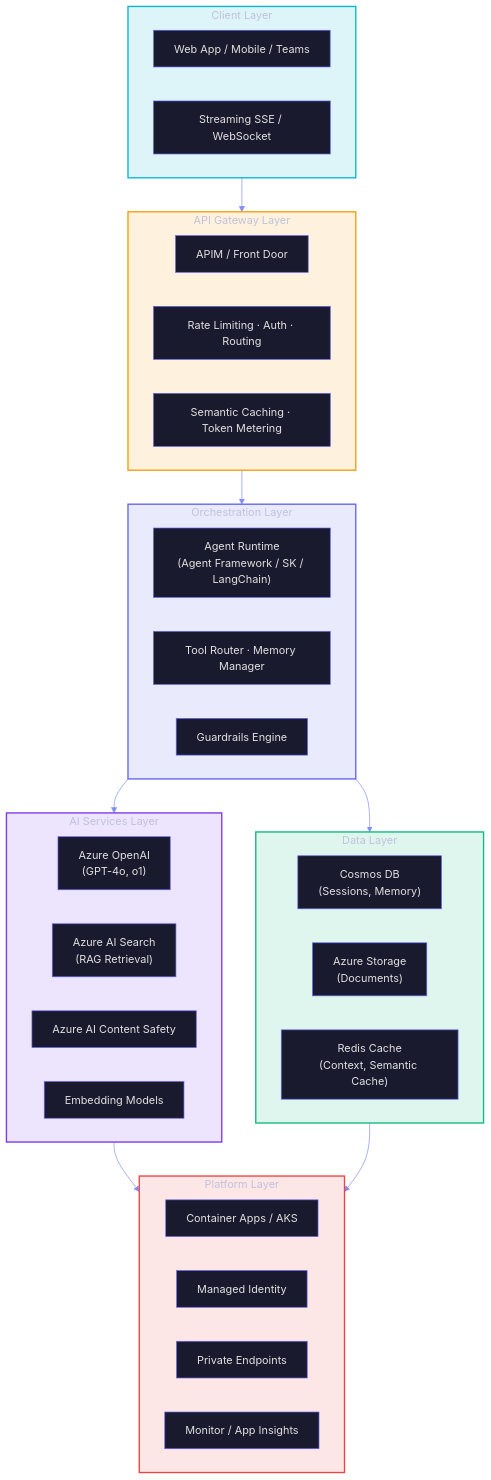
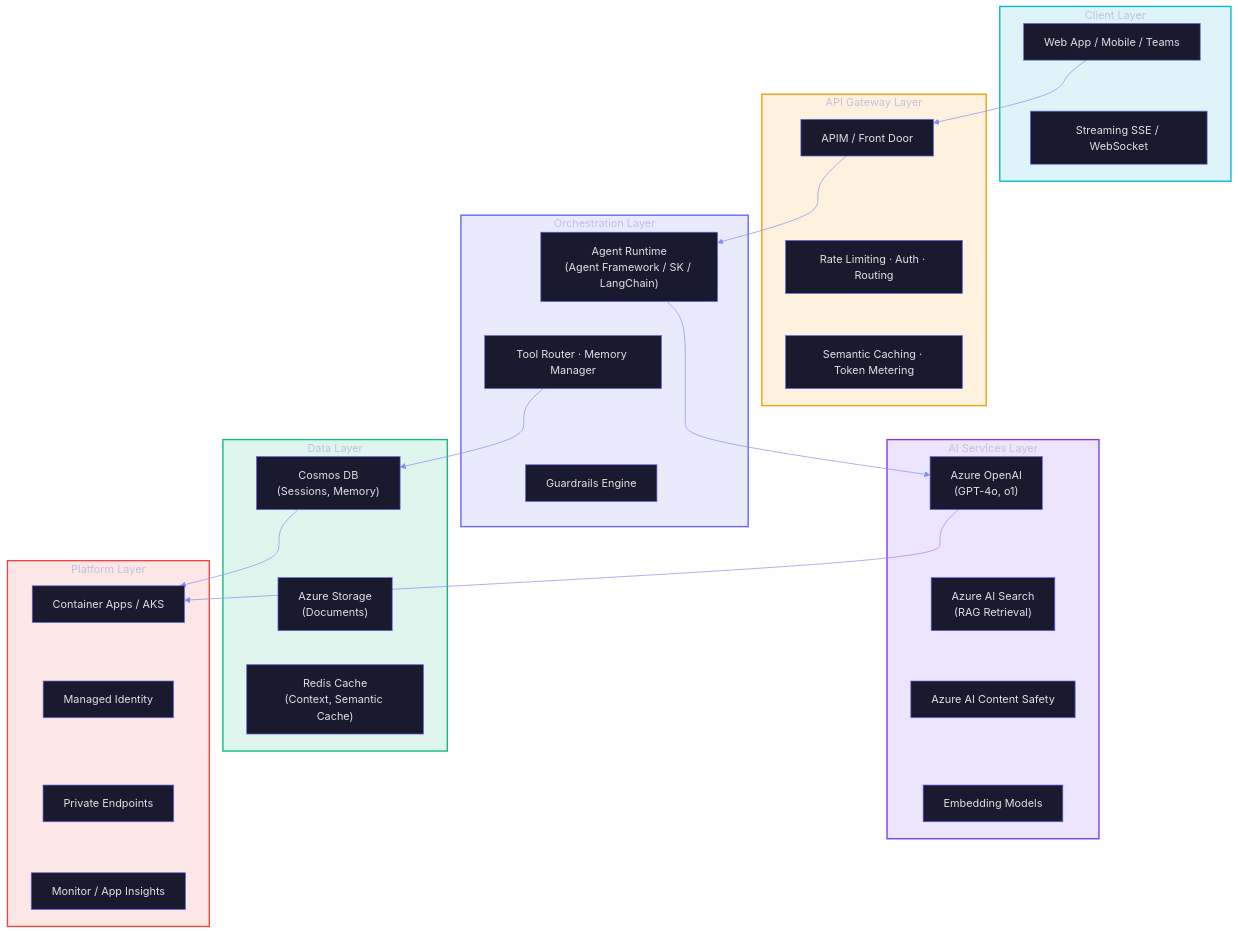
Before and after one commit to frootai/frootai: the second of 9 diagrams in docs/T3-Production-Patterns.md, drawn with Mermaid. The commit also changed other lines of this file and 15 other files, not shown here.

Commit message:
docs: harden learning module diagrams

````diff
--- a/docs/T3-Production-Patterns.md
+++ b/docs/T3-Production-Patterns.md
@@ -88,52 +87,59 @@
 ```mermaid
 %%{init: {'theme': 'base', 'themeVariables': {'primaryColor': '#1a1a2e', 'primaryTextColor': '#e0e0e0', 'primaryBorderColor': '#6366f1', 'lineColor': '#818cf8', 'background': 'transparent'}}}%%
 graph TB
     subgraph CLIENT["Client Layer"]
         C1["Web App / Mobile / Teams"]
         C2["Streaming SSE / WebSocket"]
     end
     
     subgraph GATEWAY["API Gateway Layer"]
         G1["APIM / Front Door"]
         G2["Rate Limiting · Auth · Routing"]
         G3["Semantic Caching · Token Metering"]
     end
     
     subgraph ORCHESTRATOR["Orchestration Layer"]
         O1["Agent Runtime<br/>(Agent Framework / SK / LangChain)"]
         O2["Tool Router · Memory Manager"]
         O3["Guardrails Engine"]
     end
     
     subgraph AI["AI Services Layer"]
         A1["Azure OpenAI<br/>(GPT-4o, o1)"]
         A2["Azure AI Search<br/>(RAG Retrieval)"]
         A3["Azure AI Content Safety"]
         A4["Embedding Models"]
     end
     
     subgraph DATA["Data Layer"]
         D1["Cosmos DB<br/>(Sessions, Memory)"]
         D2["Azure Storage<br/>(Documents)"]
         D3["Redis Cache<br/>(Context, Semantic Cache)"]
     end
     
     subgraph PLATFORM["Platform Layer"]
         P1["Container Apps / AKS"]
         P2["Managed Identity"]
         P3["Private Endpoints"]
         P4["Monitor / App Insights"]
     end
     
-    CLIENT --> GATEWAY --> ORCHESTRATOR --> AI
-    ORCHESTRATOR --> DATA
-    AI --> PLATFORM
-    DATA --> PLATFORM
+    C1 ~~~ C2
+    G1 ~~~ G2 ~~~ G3
+    O1 ~~~ O2 ~~~ O3
+    A1 ~~~ A2 ~~~ A3 ~~~ A4
+    D1 ~~~ D2 ~~~ D3
+    P1 ~~~ P2 ~~~ P3 ~~~ P4
+
+    C1 --> G1 --> O1 --> A1
+    O2 --> D1
+    A1 --> P1
+    D1 --> P1
     
     style CLIENT fill:#06b6d422,stroke:#06b6d4,stroke-width:2px
     style GATEWAY fill:#f59e0b22,stroke:#f59e0b,stroke-width:2px
     style ORCHESTRATOR fill:#6366f122,stroke:#6366f1,stroke-width:2px
     style AI fill:#7c3aed22,stroke:#7c3aed,stroke-width:2px
     style DATA fill:#10b98122,stroke:#10b981,stroke-width:2px
     style PLATFORM fill:#ef444422,stroke:#ef4444,stroke-width:2px
 ```
````
